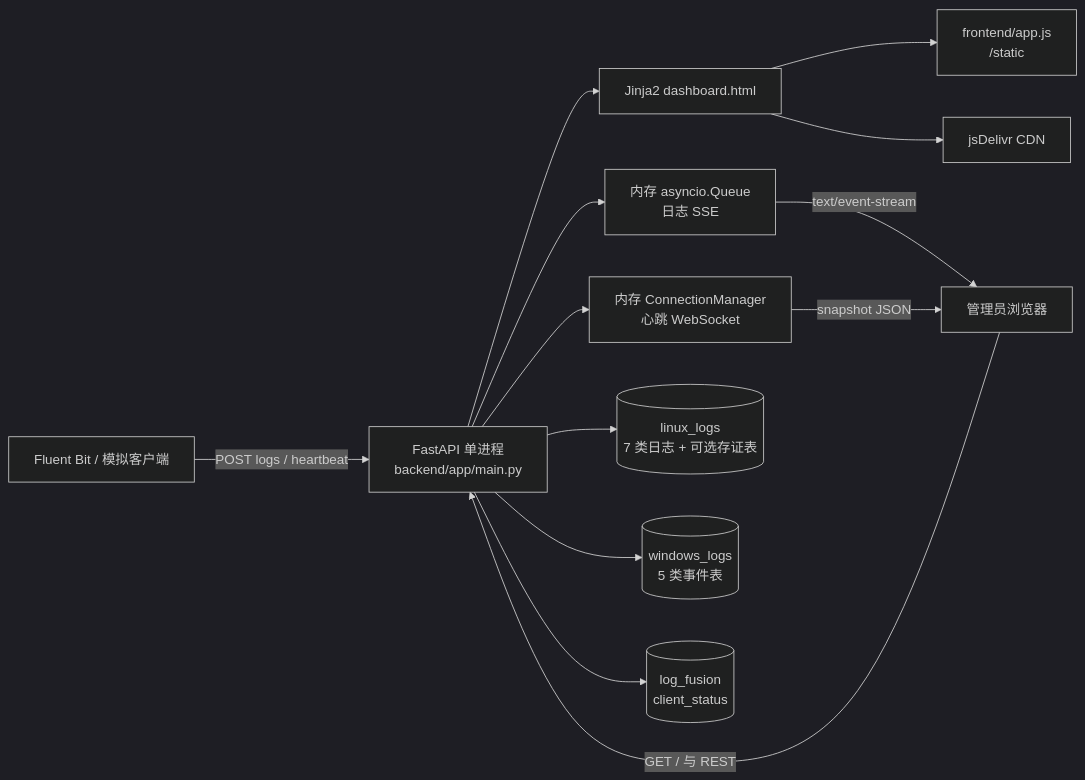
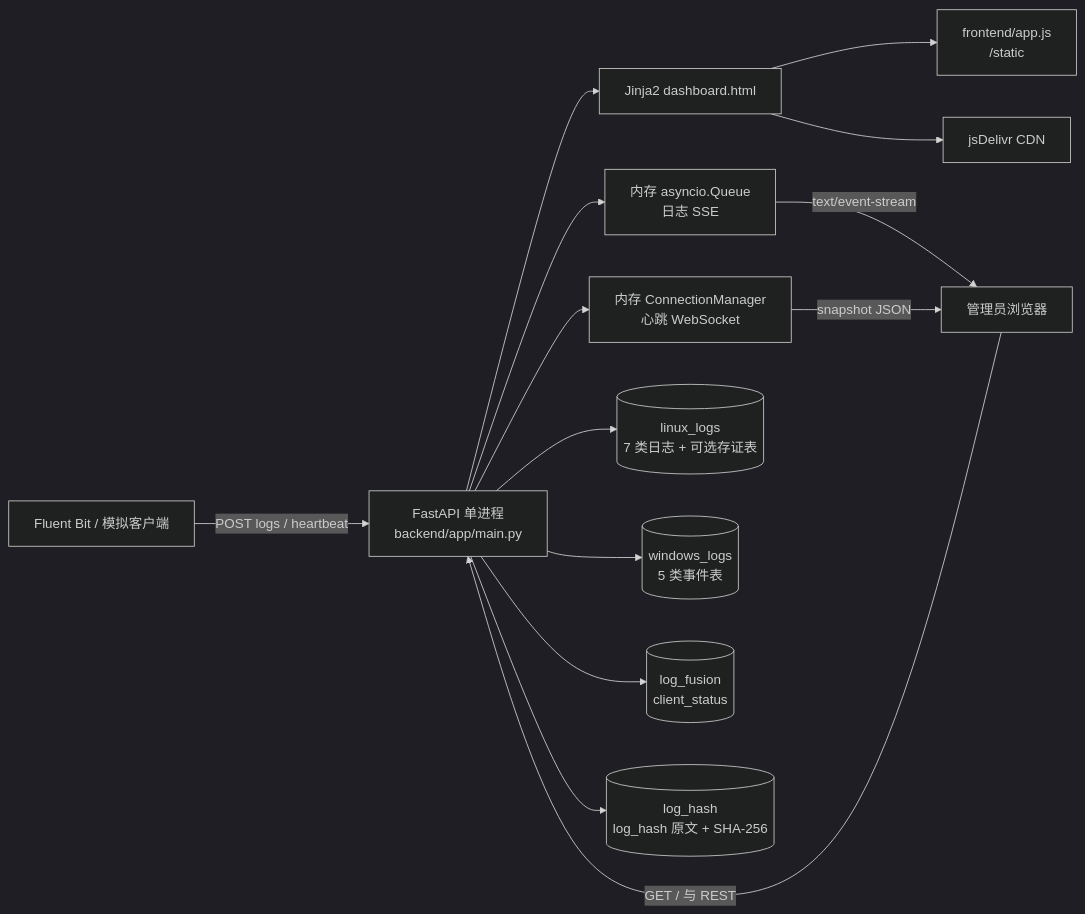
One commit to ironpillarsjq/log-fusion changed the first of 3 diagrams in docs/ARCHITECTURE.md. Above: the diagram before and after it, drawn with Mermaid (dark theme). The commit also changed other lines of this file and 14 other files, not shown here.

Commit message:
新增原始日志 SHA-256 存证入库（log_hash 库）

````diff
--- a/docs/ARCHITECTURE.md
+++ b/docs/ARCHITECTURE.md
@@ -9,27 +9,29 @@
 ```mermaid
 flowchart LR
     FB[Fluent Bit / 模拟客户端]
     Browser[管理员浏览器]
     App[FastAPI 单进程<br/>backend/app/main.py]
     Template[Jinja2 dashboard.html]
     Static[frontend/app.js<br/>/static]
     SSE[内存 asyncio.Queue<br/>日志 SSE]
     WS[内存 ConnectionManager<br/>心跳 WebSocket]
     Linux[(linux_logs<br/>7 类日志 + 可选存证表)]
     Windows[(windows_logs<br/>5 类事件表)]
     Monitor[(log_fusion<br/>client_status)]
+    Hash[(log_hash<br/>log_hash 原文 + SHA-256)]
     CDN[jsDelivr CDN]
 
     FB -->|POST logs / heartbeat| App
     Browser -->|GET / 与 REST| App
     App --> Template
     Template --> Static
     Template --> CDN
     App --> Linux
     App --> Windows
     App --> Monitor
+    App --> Hash
     App --> SSE
     App --> WS
     SSE -->|text/event-stream| Browser
     WS -->|snapshot JSON| Browser
 ```
````
